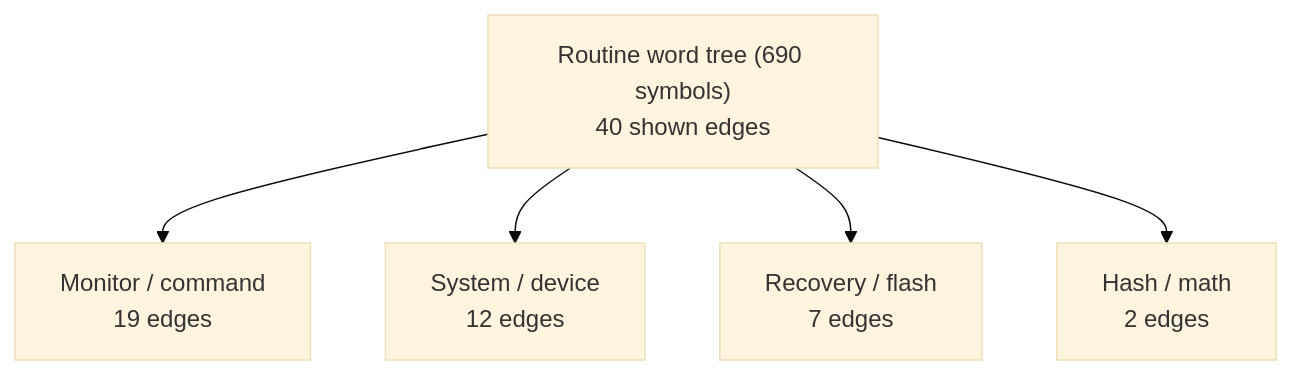
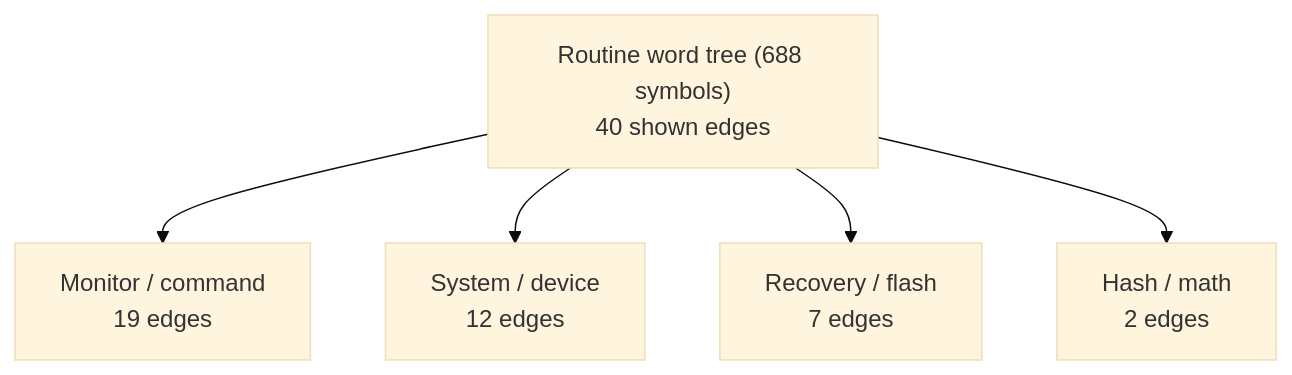
One commit to 95westus/R-YORS changed the first of 6 diagrams in DOC/GENERATED/ROUTINE_WORD_TREE.md. Above: the diagram before and after it, drawn with Mermaid (base theme). The commit also changed other lines of this file and 17 other files, not shown here.

````diff
--- a/DOC/GENERATED/ROUTINE_WORD_TREE.md
+++ b/DOC/GENERATED/ROUTINE_WORD_TREE.md
@@ -16,7 +16,7 @@
 ```mermaid
 flowchart TD
-    MAP_ROOT_ROUTINE_WORD_TREE__690_SYMBOLS_["Routine word tree (690 symbols)<br/>40 shown edges"] --> MAP_FAMILY_MONITOR___COMMAND["Monitor / command<br/>19 edges"]
-    MAP_ROOT_ROUTINE_WORD_TREE__690_SYMBOLS_["Routine word tree (690 symbols)<br/>40 shown edges"] --> MAP_FAMILY_SYSTEM___DEVICE["System / device<br/>12 edges"]
-    MAP_ROOT_ROUTINE_WORD_TREE__690_SYMBOLS_["Routine word tree (690 symbols)<br/>40 shown edges"] --> MAP_FAMILY_RECOVERY___FLASH["Recovery / flash<br/>7 edges"]
-    MAP_ROOT_ROUTINE_WORD_TREE__690_SYMBOLS_["Routine word tree (690 symbols)<br/>40 shown edges"] --> MAP_FAMILY_HASH___MATH["Hash / math<br/>2 edges"]
+    MAP_ROOT_ROUTINE_WORD_TREE__688_SYMBOLS_["Routine word tree (688 symbols)<br/>40 shown edges"] --> MAP_FAMILY_MONITOR___COMMAND["Monitor / command<br/>19 edges"]
+    MAP_ROOT_ROUTINE_WORD_TREE__688_SYMBOLS_["Routine word tree (688 symbols)<br/>40 shown edges"] --> MAP_FAMILY_SYSTEM___DEVICE["System / device<br/>12 edges"]
+    MAP_ROOT_ROUTINE_WORD_TREE__688_SYMBOLS_["Routine word tree (688 symbols)<br/>40 shown edges"] --> MAP_FAMILY_RECOVERY___FLASH["Recovery / flash<br/>7 edges"]
+    MAP_ROOT_ROUTINE_WORD_TREE__688_SYMBOLS_["Routine word tree (688 symbols)<br/>40 shown edges"] --> MAP_FAMILY_HASH___MATH["Hash / math<br/>2 edges"]
 ```
````
